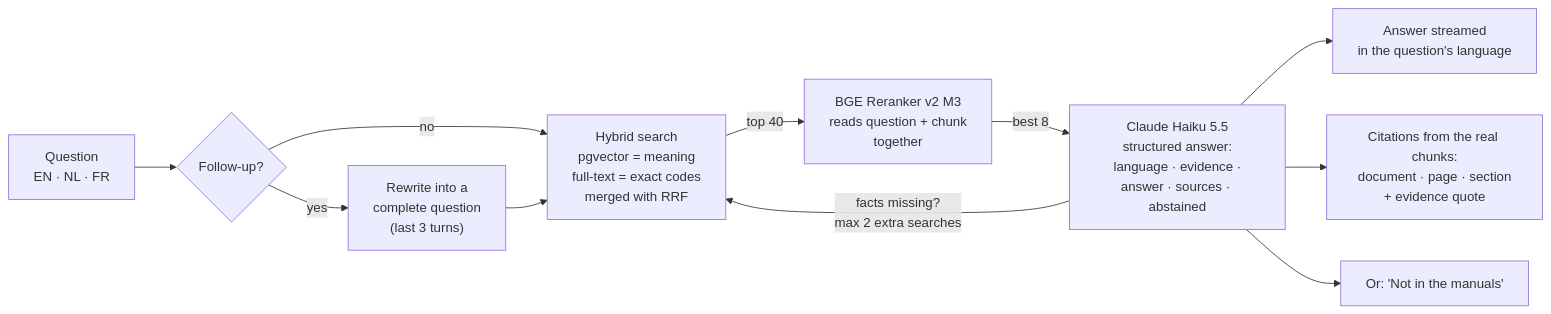
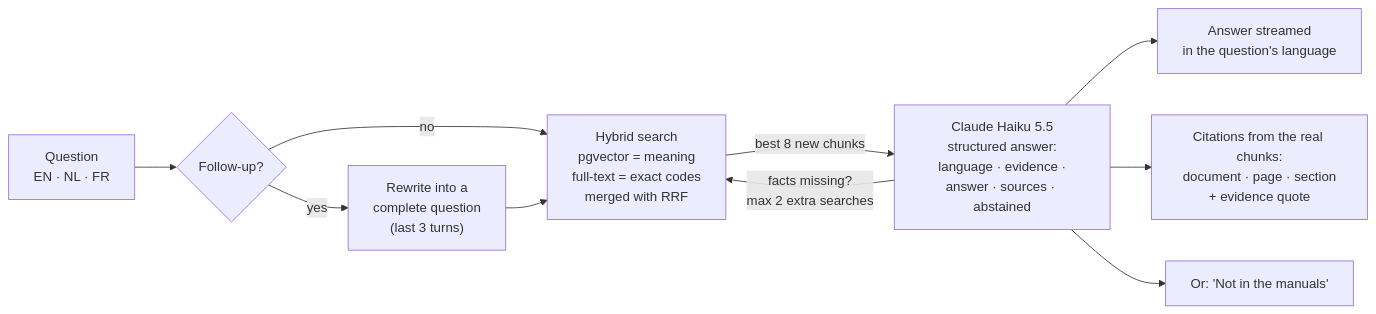
One commit to etichisom/high-sail-task changed the second of 3 diagrams in README.md. Above: the diagram before and after it, drawn with Mermaid. The commit also changed other lines of this file and 10 other files, not shown here.

````diff
--- a/README.md
+++ b/README.md
@@ -41,13 +42,12 @@
 ```mermaid
 flowchart LR
     Q["Question<br/>EN · NL · FR"] --> F{"Follow-up?"}
     F -- yes --> RW["Rewrite into a<br/>complete question<br/>(last 3 turns)"]
     F -- no --> S
     RW --> S["Hybrid search<br/>pgvector = meaning<br/>full-text = exact codes<br/>merged with RRF"]
-    S -- "top 40" --> RR["BGE Reranker v2 M3<br/>reads question + chunk<br/>together"]
-    RR -- "best 8" --> H["Claude Haiku 5.5<br/>structured answer:<br/>language · evidence ·<br/>answer · sources · abstained"]
+    S -- "best 8 new chunks" --> H["Claude Haiku 5.5<br/>structured answer:<br/>language · evidence ·<br/>answer · sources · abstained"]
     H -- "facts missing?<br/>max 2 extra searches" --> S
     H --> A["Answer streamed<br/>in the question's language"]
     H --> CI["Citations from the real chunks:<br/>document · page · section<br/>+ evidence quote"]
     H --> N["Or: 'Not in the manuals'"]
 ```
````
